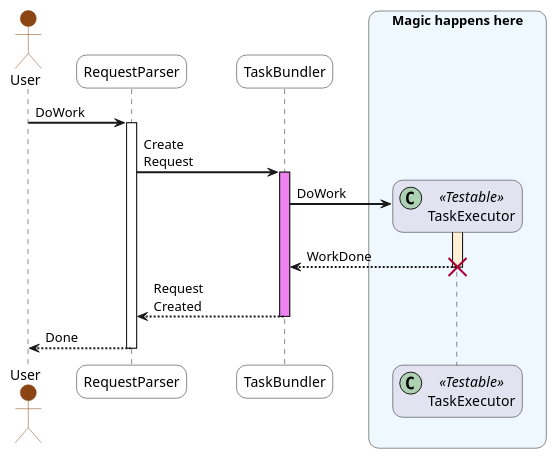
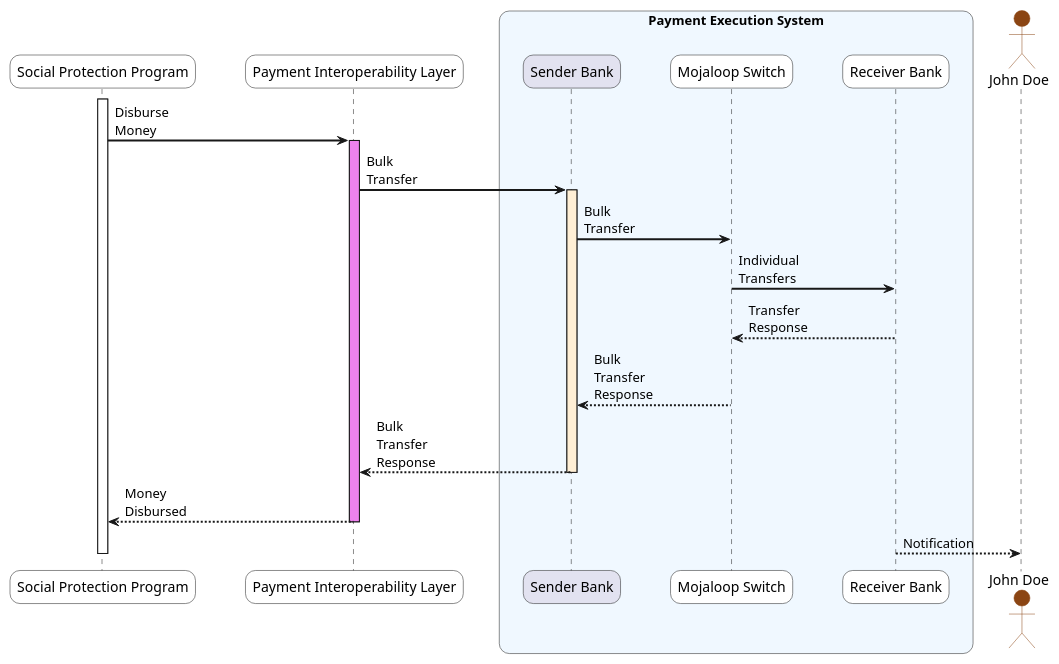
The first of 2 diagrams in docs/documentation/Sequence Diagrams.md (spdci/payments-interoperability-layer), drawn with PlantUML before and after one commit. The commit also changed other lines of this file, not shown here.

Commit message:
feat: added initial version of sequence diagrams

```diff
--- a/docs/documentation/Sequence Diagrams.md
+++ b/docs/documentation/Sequence Diagrams.md
@@ -9,44 +9,46 @@
 @startuml
-
-'!include plantuml-ae.iuml
 
 skinparam sequenceArrowThickness 2
 skinparam roundcorner 20
 skinparam maxmessagesize 60
-
 
 skinparam ParticipantPadding 20
 skinparam BoxPadding 10
 skinparam SequenceBoxBackgroundColor AliceBlue
 skinparam ActorBorderColor    SaddleBrown
 
+participant "Social Protection Program" as SPP #white
+participant "Payment Interoperability Layer" as PIL #white
 
-actor User #SaddleBrown
+box "Payment Execution System"
+participant "Sender Bank" as PayerFSP
+participant "Mojaloop Switch" as ML #white
+participant "Receiver Bank" as PayeeFSP #white
+end box
+actor "John Doe" as User #SaddleBrown
 
-participant "RequestParser" as A #white
-participant "TaskBundler" as B #white
+'User -> SPP: Registration
+activate SPP
 
-box "Magic happens here"
-participant "TaskExecutor" as C << (C,#ADD1B2) Testable >>
-end box
+SPP -> PIL: Disburse Money
+activate PIL #violet
 
-User -> A: DoWork
-activate A
+PIL -> PayerFSP: Bulk Transfer
+activate PayerFSP #PapayaWhip
 
-A -> B: Create Request
-activate B #violet
+PayerFSP -> ML: Bulk Transfer
+ML -> PayeeFSP: Individual Transfers
 
-create C
-B -> C: DoWork
-activate C #PapayaWhip
-C --> B: WorkDone
-destroy C
+PayeeFSP --> ML: Transfer Response
+ML --> PayerFSP: Bulk Transfer Response
 
-B --> A: Request Created
-deactivate B
+PayerFSP --> PIL: Bulk Transfer Response
+deactivate PayerFSP
 
-A --> User: Done
-deactivate A
+PIL --> SPP: Money Disbursed
+deactivate PIL
 
-'!include ../../plantuml-styles/ae-copyright-footer.txt
+PayeeFSP --> User: Notification
+deactivate SPP
+
 @enduml
```
